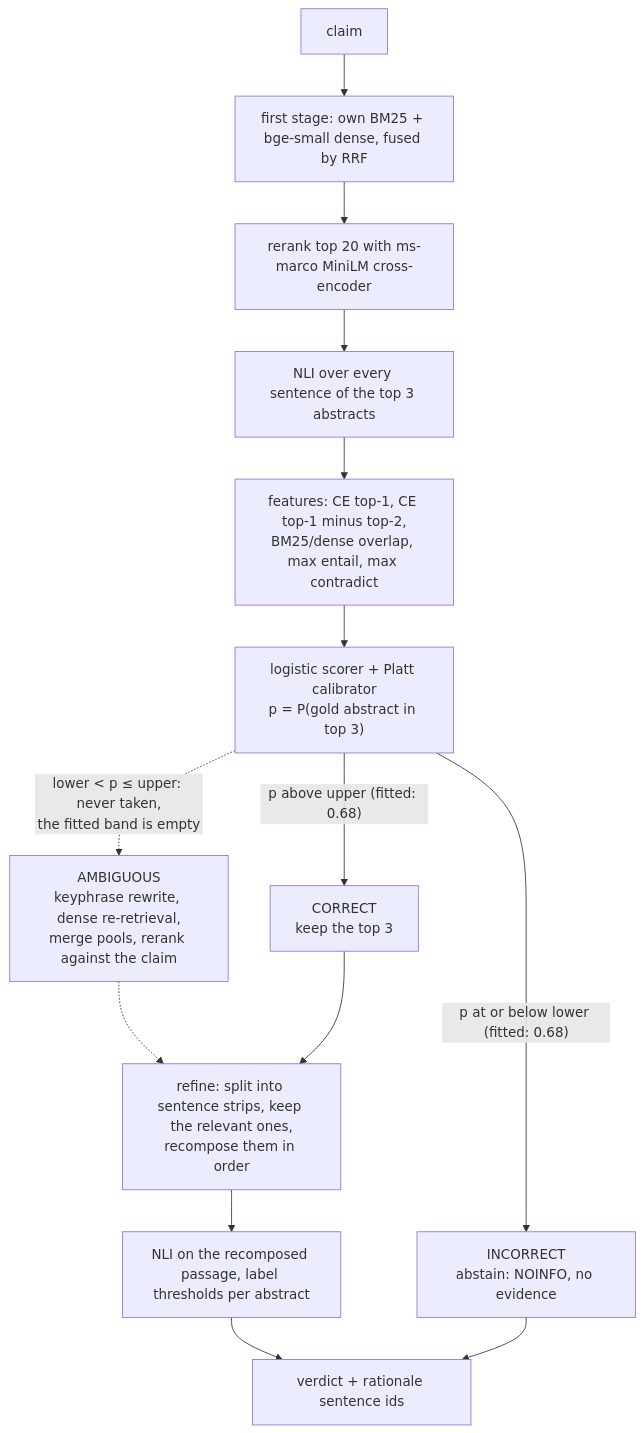
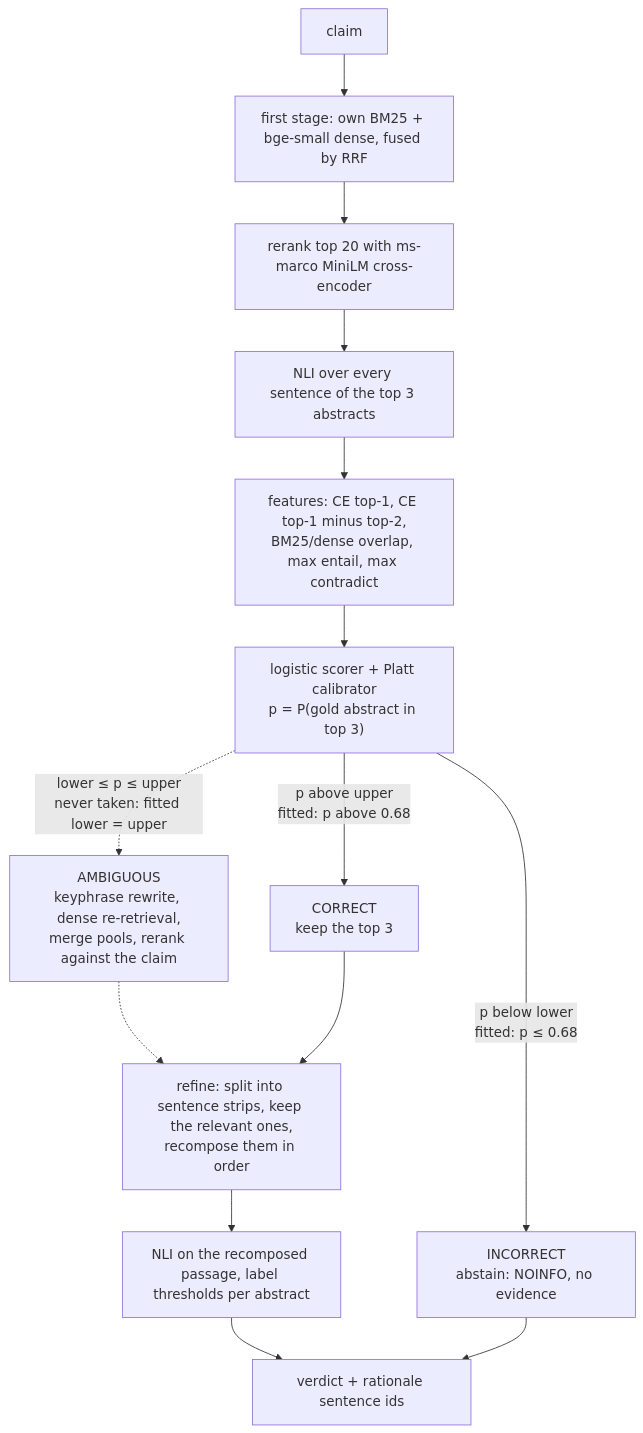
One commit to daniellopez882/corrective-rag-claim-verifier changed the first of 2 diagrams in README.md. Above: the diagram before and after it, drawn with Mermaid.

Commit message:
Label the decision diagram with the exact threshold rule

````diff
--- a/README.md
+++ b/README.md
@@ -104,16 +104,16 @@
 ```mermaid
 flowchart TD
     A[claim] --> B["first stage: own BM25 + bge-small dense, fused by RRF"]
     B --> C["rerank top 20 with ms-marco MiniLM cross-encoder"]
     C --> D["NLI over every sentence of the top 3 abstracts"]
     D --> E["features: CE top-1, CE top-1 minus top-2,<br/>BM25/dense overlap, max entail, max contradict"]
     E --> F["logistic scorer + Platt calibrator<br/>p = P(gold abstract in top 3)"]
-    F -->|"p above upper (fitted: 0.68)"| G["CORRECT<br/>keep the top 3"]
-    F -.->|"lower < p ≤ upper: never taken,<br/>the fitted band is empty"| H["AMBIGUOUS<br/>keyphrase rewrite, dense re-retrieval,<br/>merge pools, rerank against the claim"]
-    F -->|"p at or below lower (fitted: 0.68)"| I["INCORRECT<br/>abstain: NOINFO, no evidence"]
+    F -->|"p above upper<br/>fitted: p above 0.68"| G["CORRECT<br/>keep the top 3"]
+    F -.->|"lower ≤ p ≤ upper<br/>never taken: fitted lower = upper"| H["AMBIGUOUS<br/>keyphrase rewrite, dense re-retrieval,<br/>merge pools, rerank against the claim"]
+    F -->|"p below lower<br/>fitted: p ≤ 0.68"| I["INCORRECT<br/>abstain: NOINFO, no evidence"]
     H -.-> J
     G --> J["refine: split into sentence strips, keep the relevant ones,<br/>recompose them in order"]
     J --> K["NLI on the recomposed passage, label thresholds per abstract"]
     K --> L["verdict + rationale sentence ids"]
     I --> L
 ```
````
